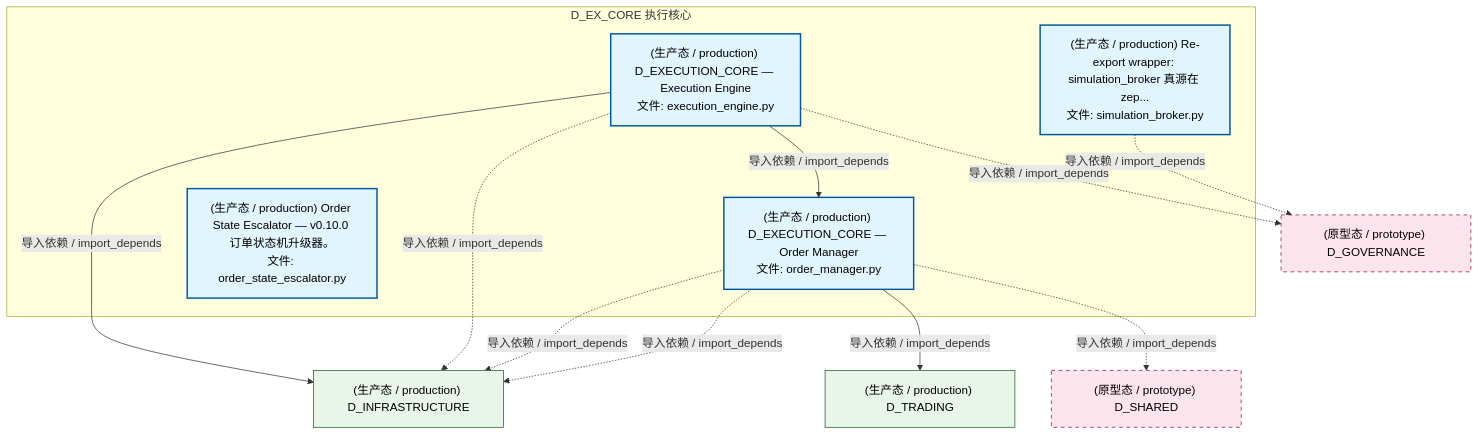
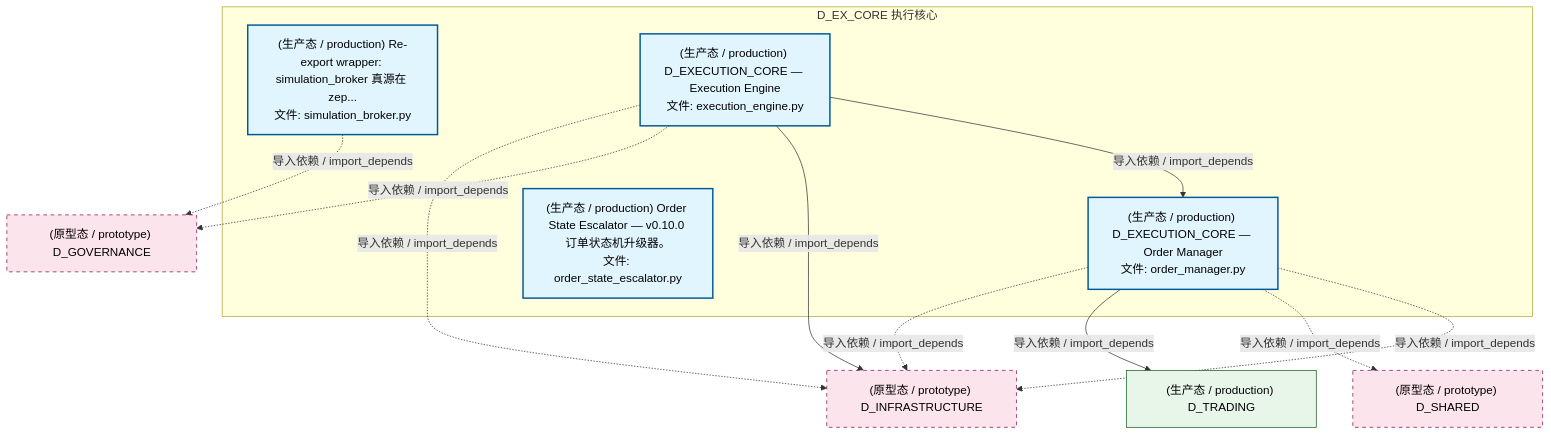
The second of 5 diagrams in docs/02_enterprise_architecture/02_domain_architecture_docs/34_d_ex_core.md (xuanFelixVan/ZephyrAlpha), drawn with Mermaid before and after one commit. The commit also changed other lines of this file and 98 other files, not shown here.

````diff
--- a/docs/02_enterprise_architecture/02_domain_architecture_docs/34_d_ex_core.md
+++ b/docs/02_enterprise_architecture/02_domain_architecture_docs/34_d_ex_core.md
@@ -126,29 +126,29 @@
 ```mermaid
 graph TD
     subgraph D_EX_CORE["D_EX_CORE 执行核心"]
         src_zephyr_ex_core_adapters_simulation_broker_py["(生产态 / production) Re-export wrapper: simulation_broker 真源在 zep...<br/>文件: simulation_broker.py"]
         src_zephyr_ex_core_execution_engine_py["(生产态 / production) D_EXECUTION_CORE — Execution Engine<br/>文件: execution_engine.py"]
         src_zephyr_ex_core_order_manager_py["(生产态 / production) D_EXECUTION_CORE — Order Manager<br/>文件: order_manager.py"]
         src_zephyr_governance_escalation_order_state_escalator_py["(生产态 / production) Order State Escalator — v0.10.0 订单状态机升级器。<br/>文件: order_state_escalator.py"]
     end
     src_zephyr_ex_core_execution_engine_py -->|导入依赖 / import_depends| src_zephyr_ex_core_order_manager_py
-    D_INFRASTRUCTURE["(生产态 / production) D_INFRASTRUCTURE"]
+    D_INFRASTRUCTURE["(原型态 / prototype) D_INFRASTRUCTURE"]
+    src_zephyr_ex_core_order_manager_py -.->|导入依赖 / import_depends| D_INFRASTRUCTURE
+    D_SHARED["(原型态 / prototype) D_SHARED"]
+    src_zephyr_ex_core_order_manager_py -.->|导入依赖 / import_depends| D_SHARED
+    D_TRADING["(生产态 / production) D_TRADING"]
+    src_zephyr_ex_core_order_manager_py -->|导入依赖 / import_depends| D_TRADING
+    src_zephyr_ex_core_order_manager_py -.->|导入依赖 / import_depends| D_INFRASTRUCTURE
     src_zephyr_ex_core_execution_engine_py -->|导入依赖 / import_depends| D_INFRASTRUCTURE
     D_GOVERNANCE["(原型态 / prototype) D_GOVERNANCE"]
     src_zephyr_ex_core_execution_engine_py -.->|导入依赖 / import_depends| D_GOVERNANCE
     src_zephyr_ex_core_execution_engine_py -.->|导入依赖 / import_depends| D_INFRASTRUCTURE
     src_zephyr_ex_core_adapters_simulation_broker_py -.->|导入依赖 / import_depends| D_GOVERNANCE
-    D_SHARED["(原型态 / prototype) D_SHARED"]
-    src_zephyr_ex_core_order_manager_py -.->|导入依赖 / import_depends| D_SHARED
-    src_zephyr_ex_core_order_manager_py -.->|导入依赖 / import_depends| D_INFRASTRUCTURE
-    D_TRADING["(生产态 / production) D_TRADING"]
-    src_zephyr_ex_core_order_manager_py -->|导入依赖 / import_depends| D_TRADING
-    src_zephyr_ex_core_order_manager_py -.->|导入依赖 / import_depends| D_INFRASTRUCTURE
     classDef production fill:#e1f5fe,stroke:#01579b,stroke-width:2px,color:#000
     classDef design fill:#fff3e0,stroke:#e65100,stroke-width:2px,color:#000,stroke-dasharray: 5 5
     classDef external_prod fill:#e8f5e9,stroke:#1b5e20,stroke-width:1px,color:#000
     classDef external_design fill:#fce4ec,stroke:#880e4f,stroke-width:1px,color:#000,stroke-dasharray: 5 5
     class src_zephyr_ex_core_adapters_simulation_broker_py,src_zephyr_ex_core_execution_engine_py,src_zephyr_ex_core_order_manager_py,src_zephyr_governance_escalation_order_state_escalator_py production
-    class D_INFRASTRUCTURE,D_TRADING external_prod
-    class D_GOVERNANCE,D_SHARED external_design
+    class D_TRADING external_prod
+    class D_INFRASTRUCTURE,D_SHARED,D_GOVERNANCE external_design
 ```
````
